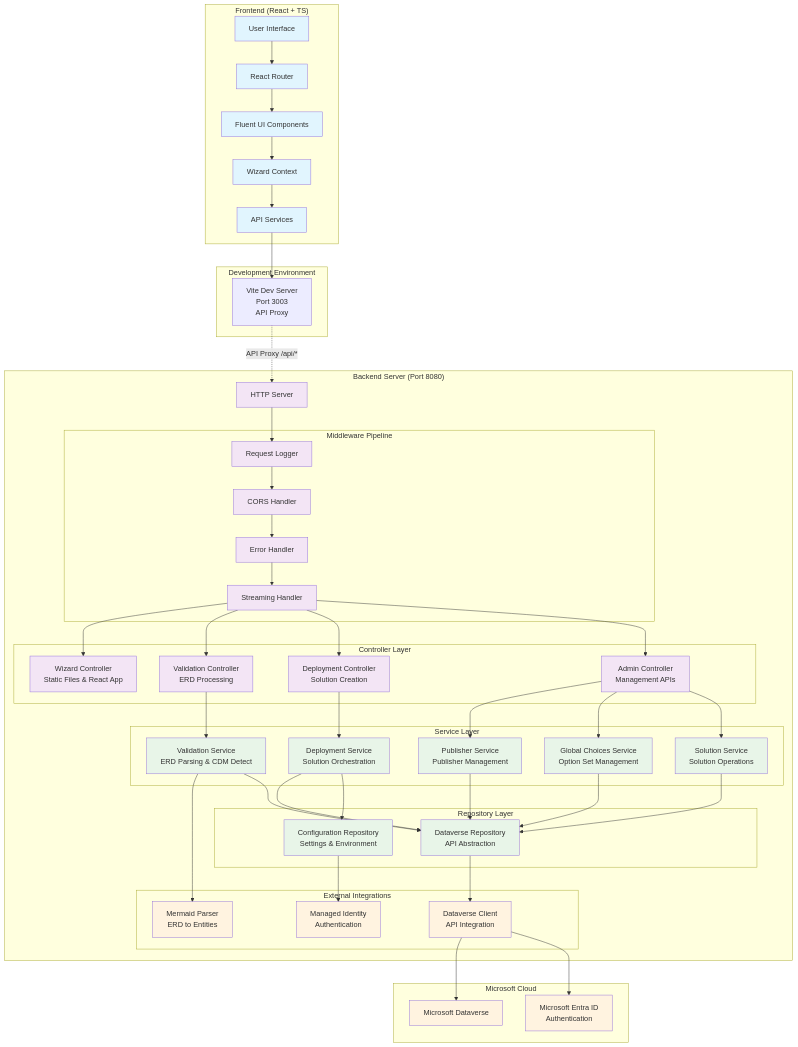
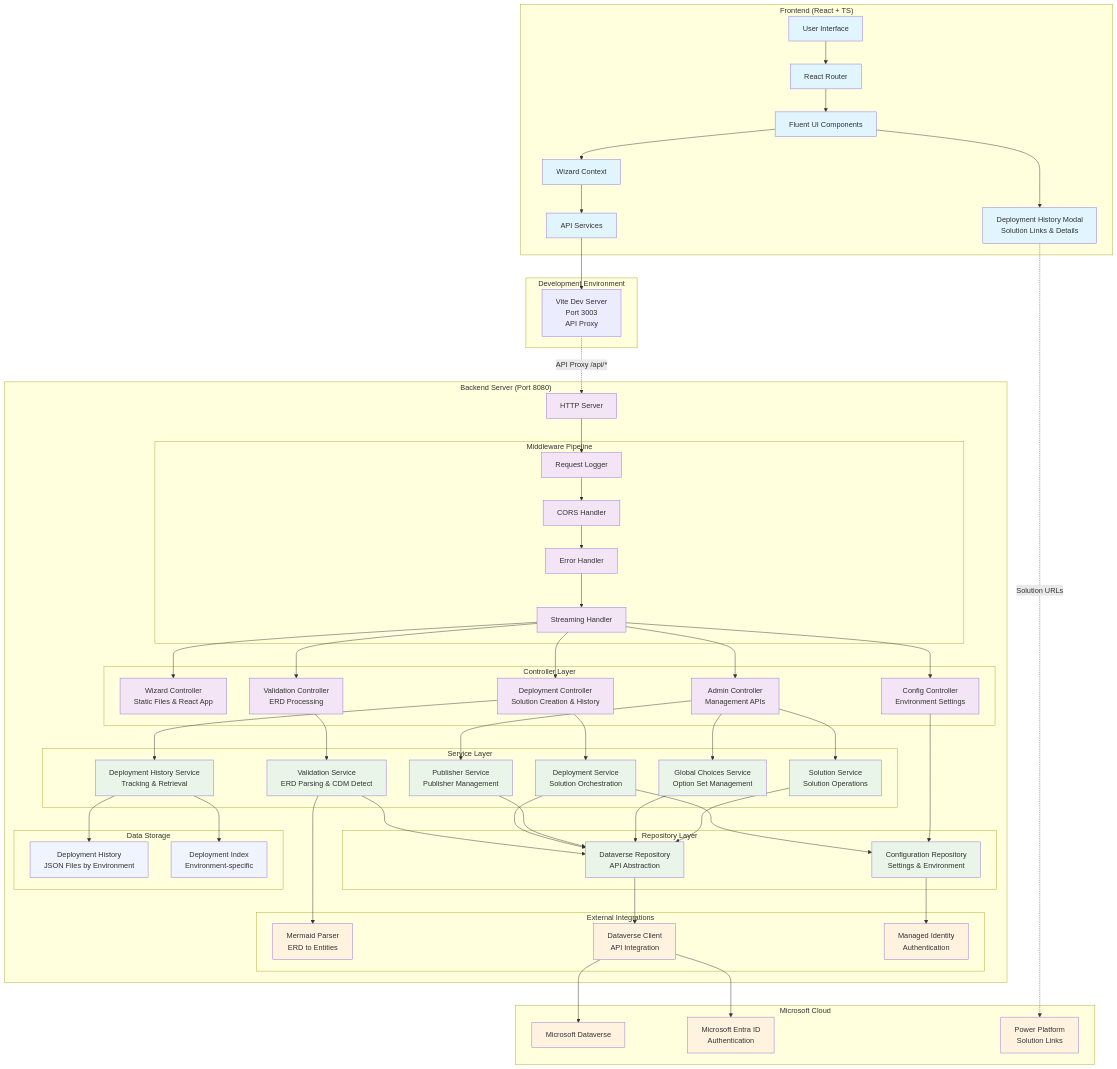
The first of 3 diagrams in docs/DEVELOPER_ARCHITECTURE.md (LuiseFreese/mermaid), drawn with Mermaid before and after one commit. The commit also changed other lines of this file and 16 other files, not shown here.

Commit message:
:sparkles: Adds deployment history feature with Power Platform integration

````diff
--- a/docs/DEVELOPER_ARCHITECTURE.md
+++ b/docs/DEVELOPER_ARCHITECTURE.md
@@ -42,6 +43,7 @@
         Context[Wizard Context]
         Services[API Services]
         Components[Fluent UI Components]
+        HistoryModal[Deployment History Modal<br/>Solution Links & Details]
     end
 
     %% Development Server
@@ -63,13 +65,15 @@
         subgraph "Controller Layer"
             WizardCtrl[Wizard Controller<br/>Static Files & React App]
             ValidationCtrl[Validation Controller<br/>ERD Processing]
-            DeploymentCtrl[Deployment Controller<br/>Solution Creation]
+            DeploymentCtrl[Deployment Controller<br/>Solution Creation & History]
             AdminCtrl[Admin Controller<br/>Management APIs]
+            ConfigCtrl[Config Controller<br/>Environment Settings]
         end
         
         subgraph "Service Layer"
             ValidationSvc[Validation Service<br/>ERD Parsing & CDM Detect]
             DeploymentSvc[Deployment Service<br/>Solution Orchestration]
+            DeploymentHistorySvc[Deployment History Service<br/>Tracking & Retrieval]
             PublisherSvc[Publisher Service<br/>Publisher Management]
             ChoicesSvc[Global Choices Service<br/>Option Set Management]
             SolutionSvc[Solution Service<br/>Solution Operations]
@@ -85,18 +89,25 @@
             DataverseClient[Dataverse Client<br/>API Integration]
             ManagedIdentity[Managed Identity<br/>Authentication]
         end
+        
+        subgraph "Data Storage"
+            DeploymentFiles[Deployment History<br/>JSON Files by Environment]
+            IndexFiles[Deployment Index<br/>Environment-specific]
+        end
     end
 
     %% External Services
     subgraph "Microsoft Cloud"
         Dataverse[Microsoft Dataverse]
         EntraID[Microsoft Entra ID<br/>Authentication]
+        PowerPlatform[Power Platform<br/>Solution Links]
     end
 
     %% Frontend Flow (simplified to reduce crossing)
     UI --> Router
     Router --> Components
     Components --> Context
+    Components --> HistoryModal
     Context --> Services
     Services --> ViteProxy
     ViteProxy -.->|API Proxy /api/*| HTTP
@@ -112,6 +123,7 @@
     Stream --> ValidationCtrl  
     Stream --> DeploymentCtrl
     Stream --> AdminCtrl
+    Stream --> ConfigCtrl
     
     %% Service Dependencies (grouped by controller)
     ValidationCtrl --> ValidationSvc
@@ -119,8 +131,13 @@
     ValidationSvc --> DataverseRepo
     
     DeploymentCtrl --> DeploymentSvc
+    DeploymentCtrl --> DeploymentHistorySvc
     DeploymentSvc --> DataverseRepo
     DeploymentSvc --> ConfigRepo
+    DeploymentHistorySvc --> DeploymentFiles
+    DeploymentHistorySvc --> IndexFiles
+    
+    ConfigCtrl --> ConfigRepo
     
     AdminCtrl --> PublisherSvc
     AdminCtrl --> ChoicesSvc
@@ -134,15 +151,18 @@
     ConfigRepo --> ManagedIdentity
     DataverseClient --> Dataverse
     DataverseClient --> EntraID
+    HistoryModal -.->|Solution URLs| PowerPlatform
 
     %% Styling
     classDef frontend fill:#e1f5fe
     classDef backend fill:#f3e5f5
     classDef service fill:#e8f5e8
     classDef external fill:#fff3e0
+    classDef storage fill:#f0f4ff
     
-    class UI,Router,Context,Services,Components frontend
-    class HTTP,Logger,CORS,Error,Stream,WizardCtrl,ValidationCtrl,DeploymentCtrl,AdminCtrl backend
-    class ValidationSvc,DeploymentSvc,PublisherSvc,ChoicesSvc,SolutionSvc,DataverseRepo,ConfigRepo service
-    class Dataverse,EntraID,ManagedIdentity,Parser,DataverseClient external
+    class UI,Router,Context,Services,Components,HistoryModal frontend
+    class HTTP,Logger,CORS,Error,Stream,WizardCtrl,ValidationCtrl,DeploymentCtrl,AdminCtrl,ConfigCtrl backend
+    class ValidationSvc,DeploymentSvc,DeploymentHistorySvc,PublisherSvc,ChoicesSvc,SolutionSvc,DataverseRepo,ConfigRepo service
+    class Dataverse,EntraID,ManagedIdentity,Parser,DataverseClient,PowerPlatform external
+    class DeploymentFiles,IndexFiles storage
 ```
````
